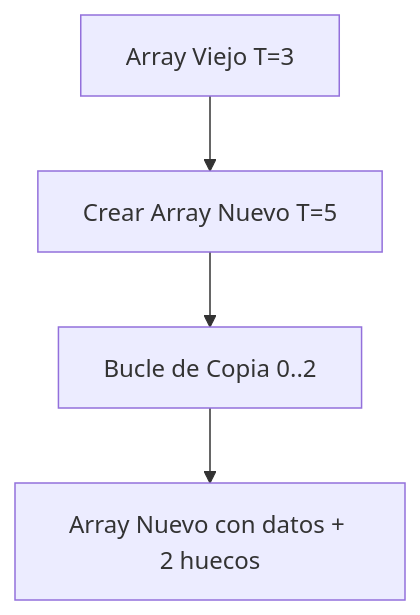
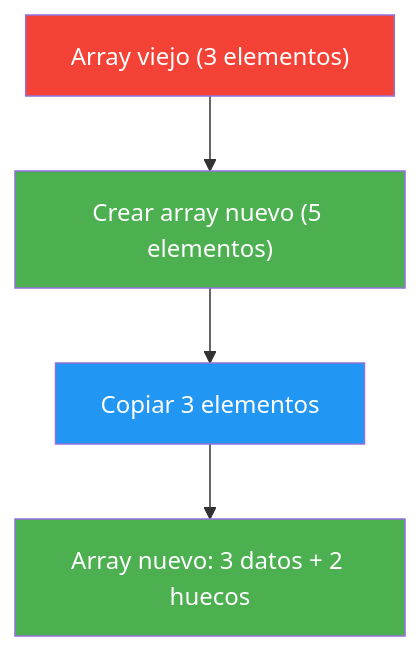
Before and after one commit to joseluisgs/Programacion-03-2026-2027: the third of 4 diagrams in 02-arrays-unidimensionales.md, drawn with Mermaid. The commit also changed other lines of this file and 7 other files, not shown here.

````diff
--- a/02-arrays-unidimensionales.md
+++ b/02-arrays-unidimensionales.md
@@ -286,6 +333,10 @@
 ```mermaid
 graph TD
-    A[Array Viejo T=3] --> B[Crear Array Nuevo T=5]
-    B --> C[Bucle de Copia 0..2]
-    C --> D[Array Nuevo con datos + 2 huecos]
+    A["Array viejo (3 elementos)"] --> B["Crear array nuevo (5 elementos)"]
+    B --> C["Copiar 3 elementos"]
+    C --> D["Array nuevo: 3 datos + 2 huecos"]
+    style A fill:#f44336,color:#fff
+    style B fill:#4CAF50,color:#fff
+    style C fill:#2196F3,color:#fff
+    style D fill:#4CAF50,color:#fff
 ```
````
